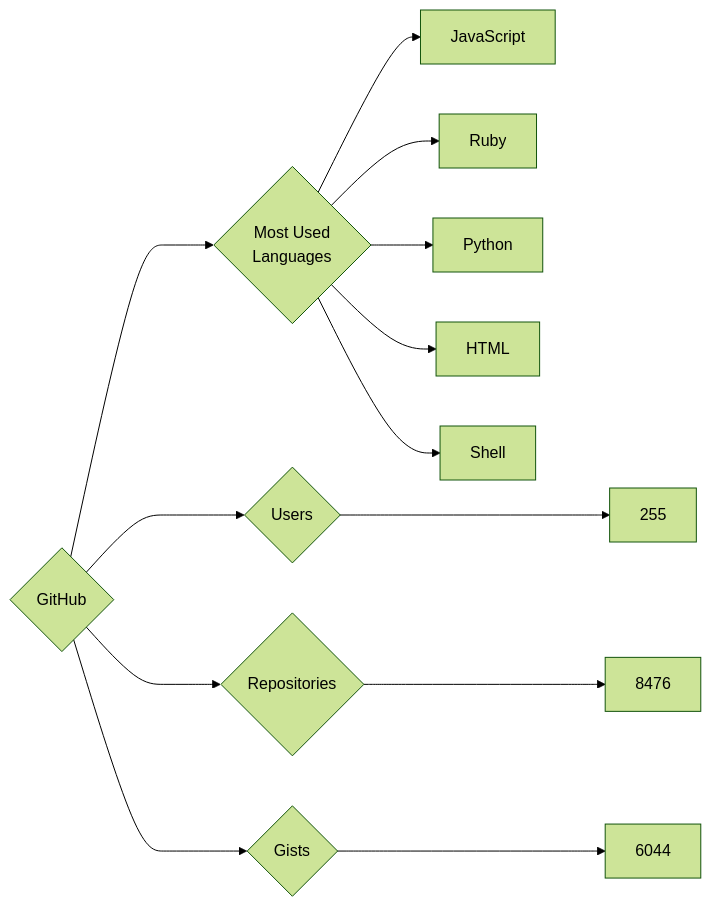
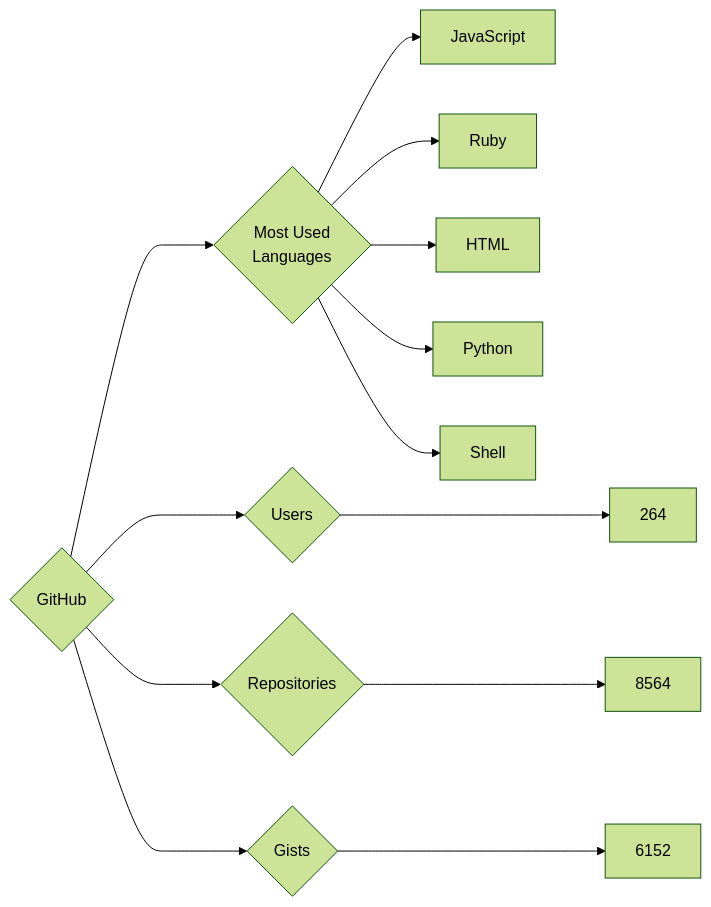
Before and after one commit to trickest/insiders: the diagram in targets/GitHub/README.md, drawn with Mermaid (forest theme). The commit also changed 681 other files, not shown here.

````diff
--- a/targets/GitHub/README.md
+++ b/targets/GitHub/README.md
@@ -3,13 +3,13 @@
 ```mermaid
 graph LR
 COMPANY_NAME{GitHub}
-COMPANY_NAME ---> U{Users} ---> UN[255]
-COMPANY_NAME ---> R{Repositories} ---> RN[8476]
-COMPANY_NAME ---> G{Gists} ---> GN[6044]
+COMPANY_NAME ---> U{Users} ---> UN[264]
+COMPANY_NAME ---> R{Repositories} ---> RN[8564]
+COMPANY_NAME ---> G{Gists} ---> GN[6152]
 COMPANY_NAME ---> ML{Most Used<br>Languages}
 ML --> JavaScript[JavaScript]
 ML --> Ruby[Ruby]
+ML --> HTML[HTML]
 ML --> Python[Python]
-ML --> HTML[HTML]
 ML --> Shell[Shell]
 ```
````
